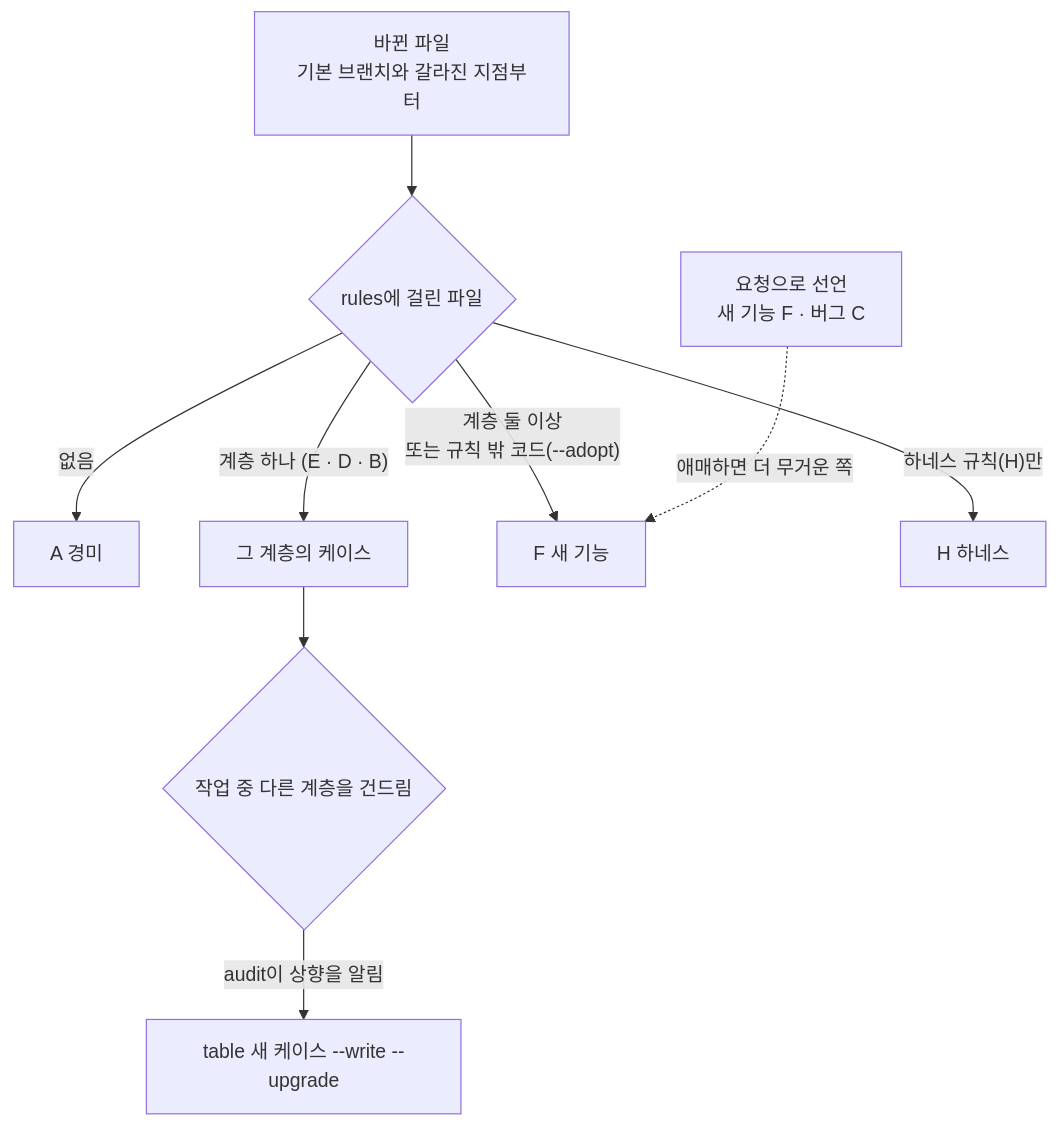
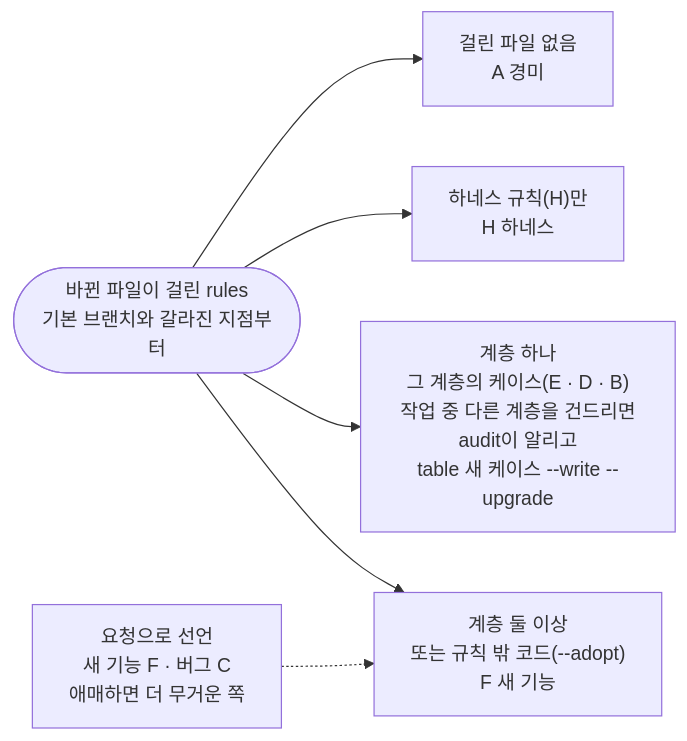
The diagram in handbook/concepts/cases.md (roadkwon-ai/pro-kit), drawn with Mermaid before and after one commit. The commit also changed 21 other files, not shown here.

````diff
--- a/handbook/concepts/cases.md
+++ b/handbook/concepts/cases.md
@@ -42,11 +42,14 @@
 ```mermaid
-flowchart TD
-  F["바뀐 파일<br/>기본 브랜치와 갈라진 지점부터"] --> R{"rules에 걸린 파일"}
-  R -->|"없음"| A["A 경미"]
-  R -->|"계층 하나 (E · D · B)"| L["그 계층의 케이스"]
-  R -->|"계층 둘 이상<br/>또는 규칙 밖 코드(--adopt)"| FF["F 새 기능"]
-  R -->|"하네스 규칙(H)만"| H["H 하네스"]
-  D["요청으로 선언<br/>새 기능 F · 버그 C"] -.->|"애매하면 더 무거운 쪽"| FF
-  L --> U{"작업 중 다른 계층을 건드림"}
-  U -->|"audit이 상향을 알림"| UP["table 새 케이스 --write --upgrade"]
+---
+config:
+  flowchart:
+    wrappingWidth: 200
+---
+flowchart LR
+  R(["바뀐 파일이 걸린 rules<br/>기본 브랜치와 갈라진 지점부터"])
+  R --> A["걸린 파일 없음<br/>A 경미"]
+  R --> H["하네스 규칙(H)만<br/>H 하네스"]
+  R --> L["계층 하나<br/>그 계층의 케이스(E · D · B)<br/>작업 중 다른 계층을 건드리면<br/>audit이 알리고<br/>table 새 케이스 --write --upgrade"]
+  R --> FF["계층 둘 이상<br/>또는 규칙 밖 코드(--adopt)<br/>F 새 기능"]
+  D["요청으로 선언<br/>새 기능 F · 버그 C<br/>애매하면 더 무거운 쪽"] -.-> FF
 ```
````
